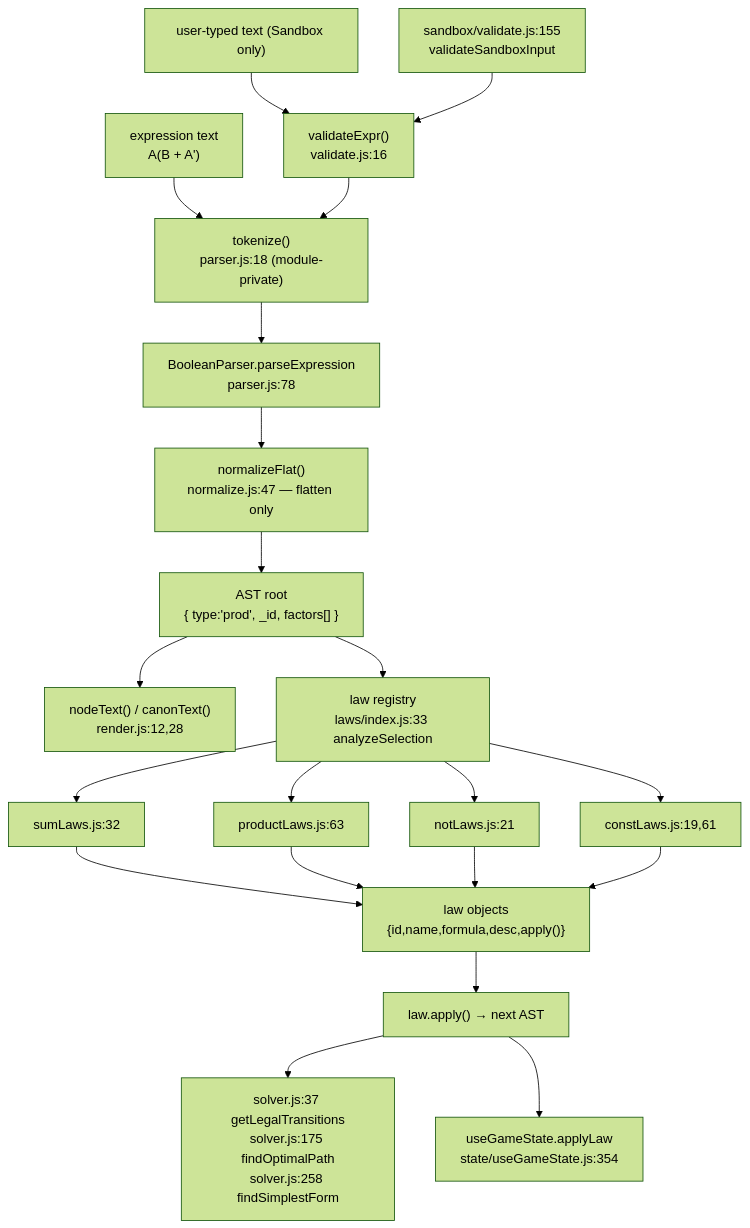
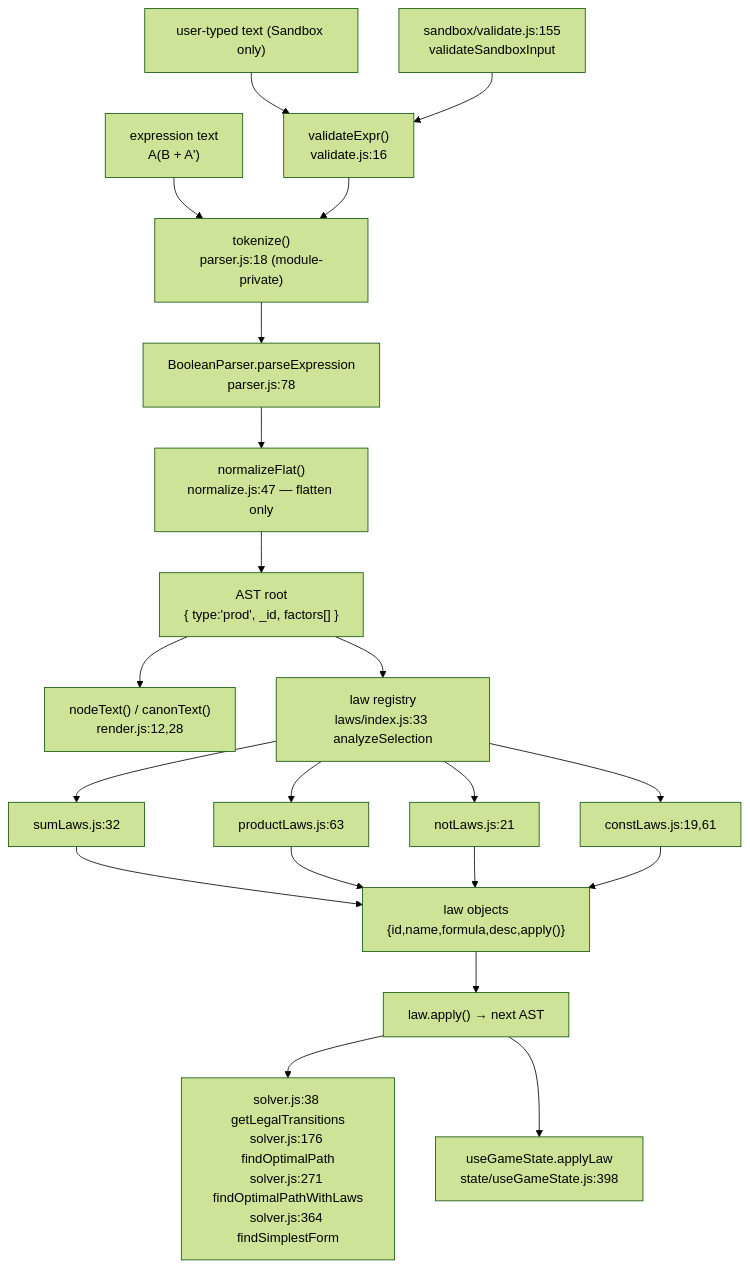
The first of 3 diagrams in docs/05-guides/tutorials/understanding-the-engine.md (Freezeh11/Praxis), drawn with Mermaid (forest theme) before and after one commit. The commit also changed other lines of this file and 6 other files, not shown here.

````diff
--- a/docs/05-guides/tutorials/understanding-the-engine.md
+++ b/docs/05-guides/tutorials/understanding-the-engine.md
@@ -107,23 +107,23 @@
 ```mermaid
 flowchart TD
     SRC["expression text<br/>A(B + A')"] --> TOK["tokenize()<br/>parser.js:18 (module-private)"]
     TOK --> PARSE["BooleanParser.parseExpression<br/>parser.js:78"]
     PARSE --> NF["normalizeFlat()<br/>normalize.js:47 — flatten only"]
     NF --> AST["AST root<br/>{ type:'prod', _id, factors[] }"]
     AST --> RENDER["nodeText() / canonText()<br/>render.js:12,28"]
     AST --> LAW["law registry<br/>laws/index.js:33 analyzeSelection"]
     LAW --> SUM["sumLaws.js:32"]
     LAW --> PROD["productLaws.js:63"]
     LAW --> NOT["notLaws.js:21"]
     LAW --> CONST["constLaws.js:19,61"]
     SUM --> LAWS["law objects<br/>{id,name,formula,desc,apply()}"]
     PROD --> LAWS
     NOT --> LAWS
     CONST --> LAWS
     LAWS --> APPLY["law.apply() → next AST"]
-    APPLY --> SOLVER["solver.js:37 getLegalTransitions<br/>solver.js:175 findOptimalPath<br/>solver.js:258 findSimplestForm"]
-    APPLY --> UI["useGameState.applyLaw<br/>state/useGameState.js:354"]
+    APPLY --> SOLVER["solver.js:38 getLegalTransitions<br/>solver.js:176 findOptimalPath<br/>solver.js:271 findOptimalPathWithLaws<br/>solver.js:364 findSimplestForm"]
+    APPLY --> UI["useGameState.applyLaw<br/>state/useGameState.js:398"]
     STRING["user-typed text (Sandbox only)"] --> VAL["validateExpr()<br/>validate.js:16"]
     VAL --> TOK
     SANDBOXVAL["sandbox/validate.js:155<br/>validateSandboxInput"] --> VAL
 ```
````
